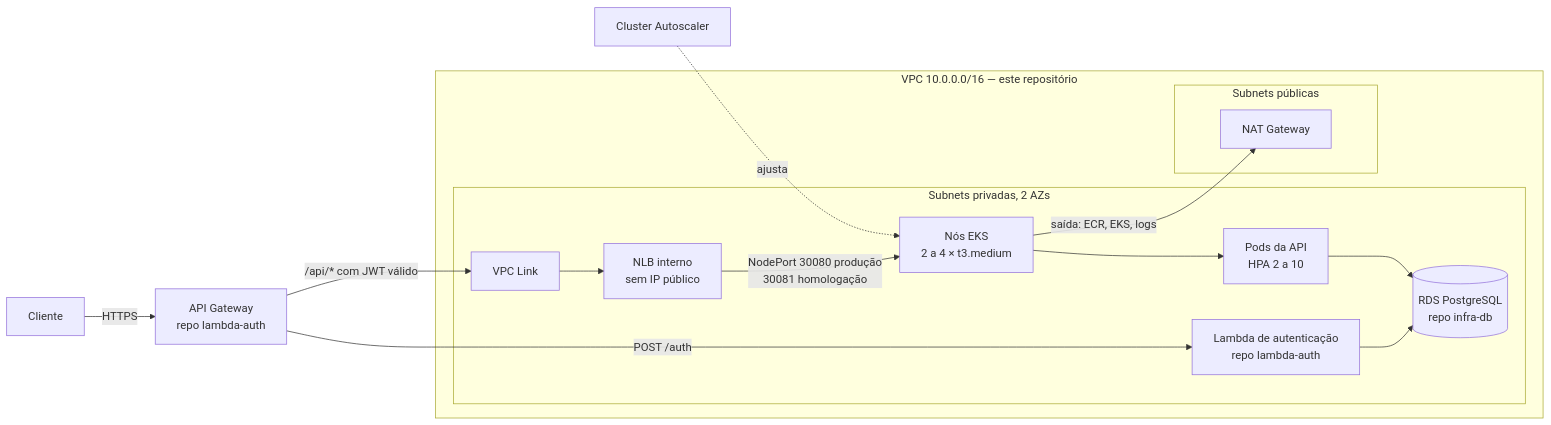
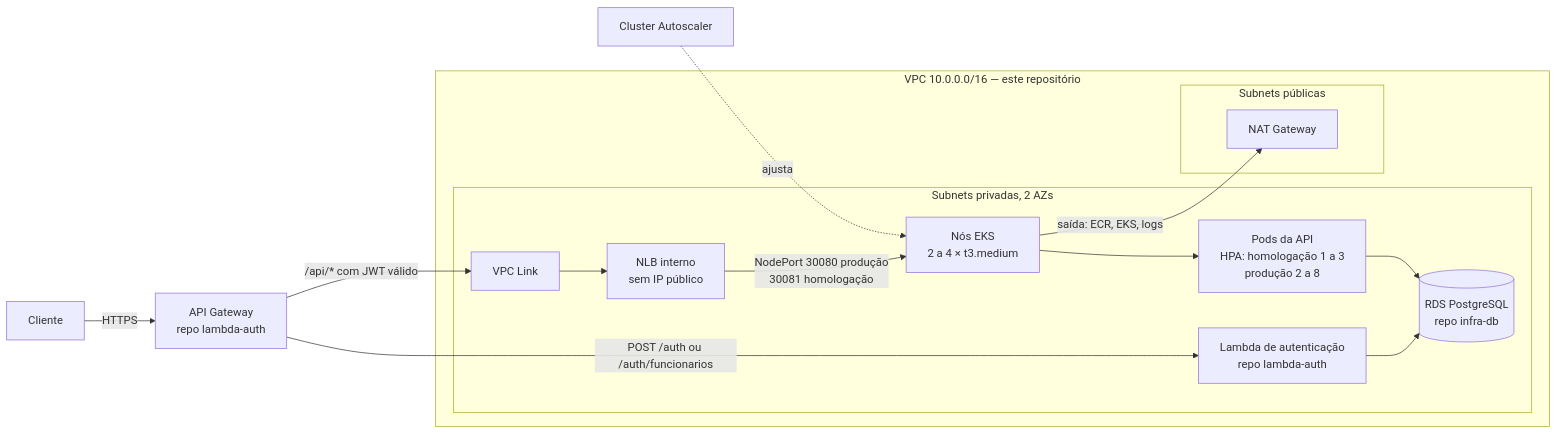
One commit to 16soat-fiap/autopecas-infra-k8s changed the diagram in README.md. Above: the diagram before and after it, drawn with Mermaid. The commit also changed other lines of this file, not shown here.

````diff
--- a/README.md
+++ b/README.md
@@ -26,22 +27,22 @@
 ```mermaid
 flowchart LR
   C[Cliente] -->|HTTPS| G[API Gateway<br/>repo lambda-auth]
-  G -->|POST /auth| L[Lambda de autenticação<br/>repo lambda-auth]
+  G -->|POST /auth ou /auth/funcionarios| L[Lambda de autenticação<br/>repo lambda-auth]
   G -->|/api/* com JWT válido| VL[VPC Link]
 
   subgraph VPC [VPC 10.0.0.0/16 — este repositório]
-    subgraph PRIV [Subnets privadas, 2 AZs]
+    subgraph PRIV ["Subnets privadas, 2 AZs"]
       VL --> NLB[NLB interno<br/>sem IP público]
       NLB -->|NodePort 30080 produção<br/>30081 homologação| N[Nós EKS<br/>2 a 4 × t3.medium]
-      N --> P[Pods da API<br/>HPA 2 a 10]
+      N --> P[Pods da API<br/>HPA: homologação 1 a 3<br/>produção 2 a 8]
       L --> DB[(RDS PostgreSQL<br/>repo infra-db)]
       P --> DB
     end
     subgraph PUB [Subnets públicas]
       NAT[NAT Gateway]
     end
     N -->|saída: ECR, EKS, logs| NAT
   end
 
   CA[Cluster Autoscaler] -.ajusta.-> N
 ```
````
